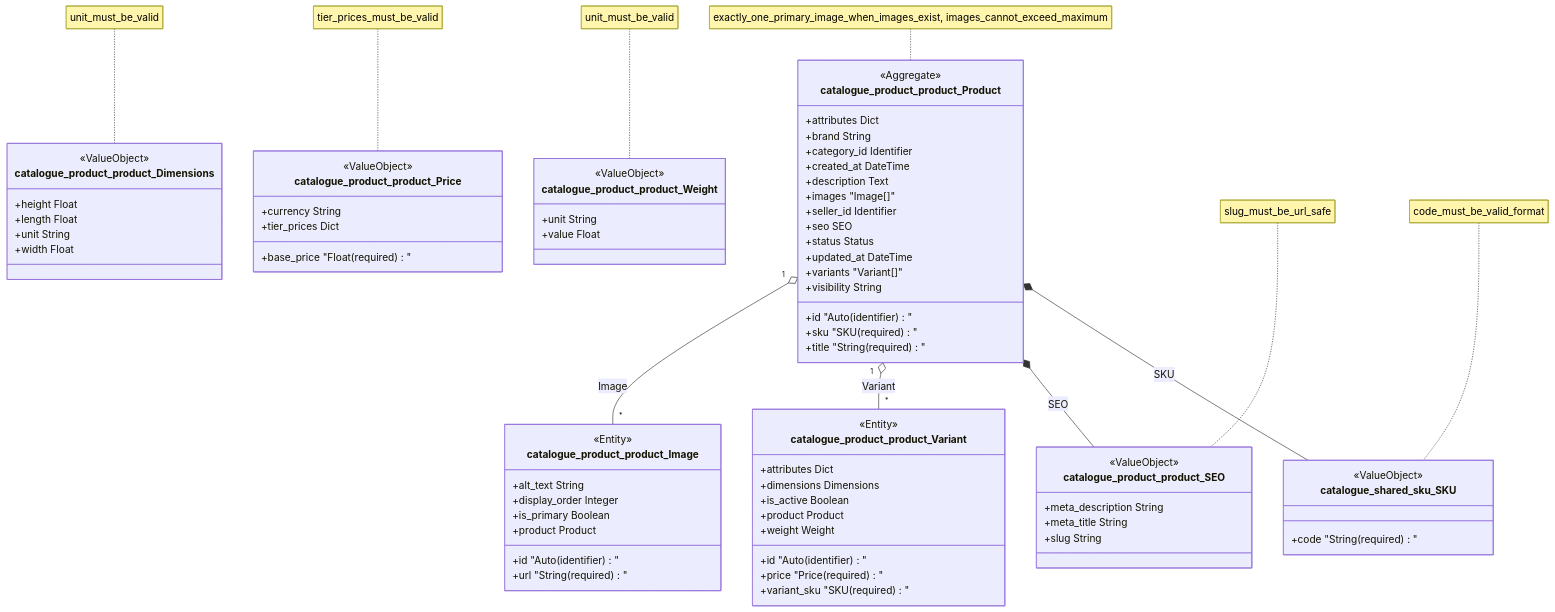
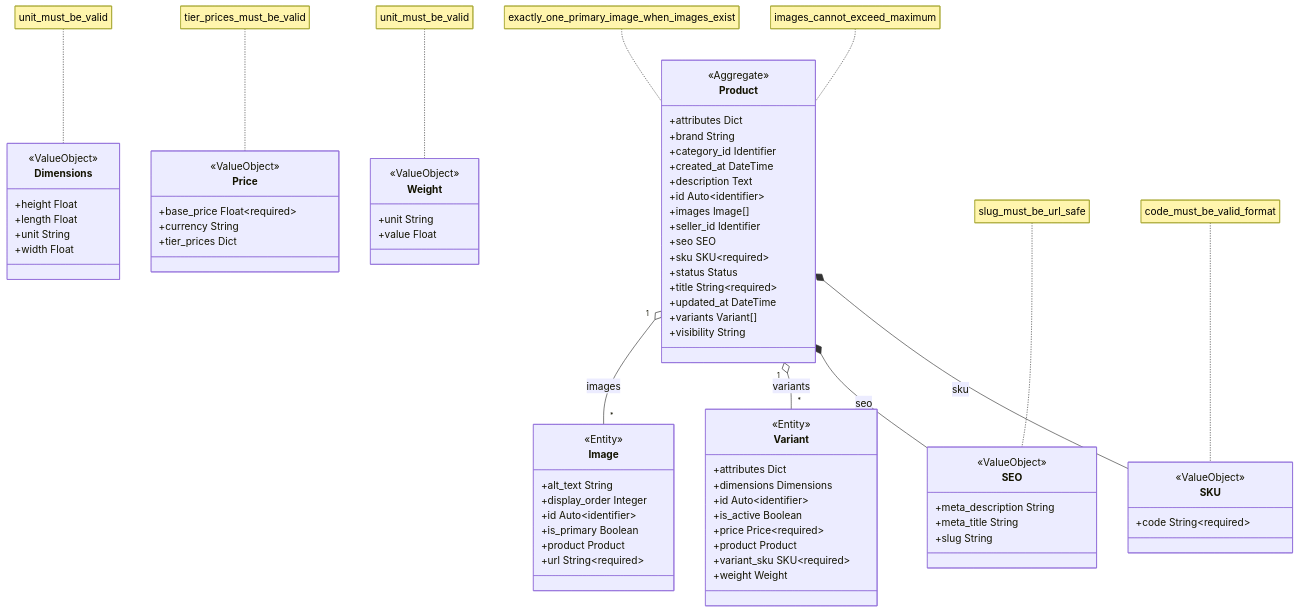
The second of 2 diagrams in docs/catalogue/clusters.md (proteanhq/shopstream), drawn with Mermaid before and after one commit. The commit also changed other lines of this file and 24 other files, not shown here.

First line of the commit message:
Regenerate docs with improved Mermaid diagrams from upstream Protean fixes

````diff
--- a/docs/catalogue/clusters.md
+++ b/docs/catalogue/clusters.md
@@ -21,79 +21,80 @@
 ```mermaid
 classDiagram
-    class catalogue_product_product_Product {
+    class catalogue_product_product_Product["Product"] {
         <<Aggregate>>
         +attributes Dict
         +brand String
         +category_id Identifier
         +created_at DateTime
         +description Text
-        +id "Auto (identifier)"
-        +images "Image[]"
+        +id Auto~identifier~
+        +images Image[]
         +seller_id Identifier
         +seo SEO
-        +sku "SKU (required)"
+        +sku SKU~required~
         +status Status
-        +title "String (required)"
+        +title String~required~
         +updated_at DateTime
-        +variants "Variant[]"
+        +variants Variant[]
         +visibility String
     }
-    note for catalogue_product_product_Product "exactly_one_primary_image_when_images_exist, images_cannot_exceed_maximum"
-    class catalogue_product_product_Image {
+    note for catalogue_product_product_Product "exactly_one_primary_image_when_images_exist"
+    note for catalogue_product_product_Product "images_cannot_exceed_maximum"
+    class catalogue_product_product_Image["Image"] {
         <<Entity>>
         +alt_text String
         +display_order Integer
-        +id "Auto (identifier)"
+        +id Auto~identifier~
         +is_primary Boolean
         +product Product
-        +url "String (required)"
+        +url String~required~
     }
-    catalogue_product_product_Product "1" o-- "*" catalogue_product_product_Image : Image
-    class catalogue_product_product_Variant {
+    catalogue_product_product_Product "1" o-- "*" catalogue_product_product_Image : images
+    class catalogue_product_product_Variant["Variant"] {
         <<Entity>>
         +attributes Dict
         +dimensions Dimensions
-        +id "Auto (identifier)"
+        +id Auto~identifier~
         +is_active Boolean
-        +price "Price (required)"
+        +price Price~required~
         +product Product
-        +variant_sku "SKU (required)"
+        +variant_sku SKU~required~
         +weight Weight
     }
-    catalogue_product_product_Product "1" o-- "*" catalogue_product_product_Variant : Variant
-    class catalogue_product_product_Dimensions {
+    catalogue_product_product_Product "1" o-- "*" catalogue_product_product_Variant : variants
+    class catalogue_product_product_Dimensions["Dimensions"] {
         <<ValueObject>>
         +height Float
         +length Float
         +unit String
         +width Float
     }
     note for catalogue_product_product_Dimensions "unit_must_be_valid"
-    class catalogue_product_product_Price {
+    class catalogue_product_product_Price["Price"] {
         <<ValueObject>>
-        +base_price "Float (required)"
+        +base_price Float~required~
         +currency String
         +tier_prices Dict
     }
     note for catalogue_product_product_Price "tier_prices_must_be_valid"
-    class catalogue_product_product_SEO {
+    class catalogue_product_product_SEO["SEO"] {
         <<ValueObject>>
         +meta_description String
         +meta_title String
         +slug String
     }
     note for catalogue_product_product_SEO "slug_must_be_url_safe"
-    catalogue_product_product_Product *-- catalogue_product_product_SEO : SEO
-    class catalogue_product_product_Weight {
+    catalogue_product_product_Product *-- catalogue_product_product_SEO : seo
+    class catalogue_product_product_Weight["Weight"] {
         <<ValueObject>>
         +unit String
         +value Float
     }
     note for catalogue_product_product_Weight "unit_must_be_valid"
-    class catalogue_shared_sku_SKU {
+    class catalogue_shared_sku_SKU["SKU"] {
         <<ValueObject>>
-        +code "String (required)"
+        +code String~required~
     }
     note for catalogue_shared_sku_SKU "code_must_be_valid_format"
-    catalogue_product_product_Product *-- catalogue_shared_sku_SKU : SKU
+    catalogue_product_product_Product *-- catalogue_shared_sku_SKU : sku
 ```
````
